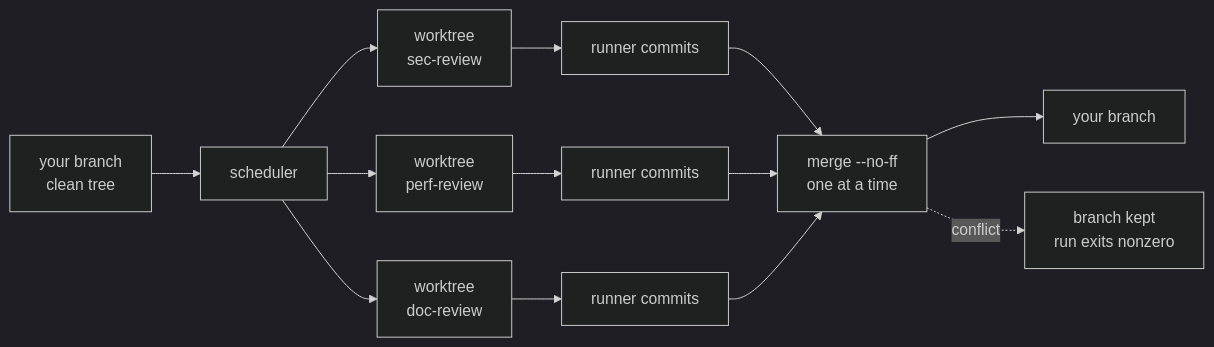
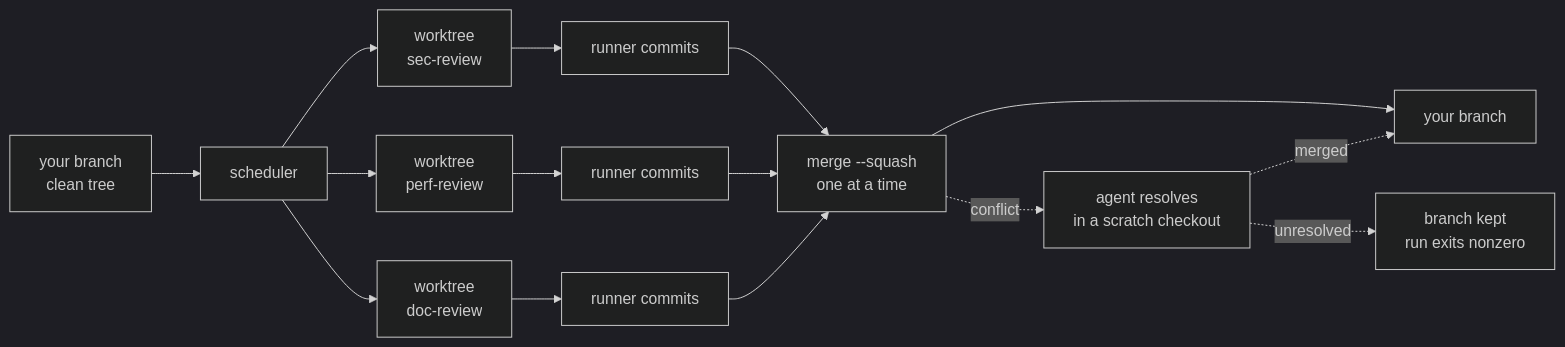
Before and after one commit to maci0/gauntlet: the diagram in README.md, drawn with Mermaid (dark theme). The commit also changed other lines of this file and 17 other files, not shown here.

````diff
--- a/README.md
+++ b/README.md
@@ -102,15 +102,17 @@
 ```mermaid
 flowchart LR
     T[your branch<br/>clean tree] --> S[scheduler]
     S --> W1[worktree<br/>sec-review]
     S --> W2[worktree<br/>perf-review]
     S --> W3[worktree<br/>doc-review]
     W1 --> C1[runner commits]
     W2 --> C2[runner commits]
     W3 --> C3[runner commits]
-    C1 --> M[merge --no-ff<br/>one at a time]
+    C1 --> M[merge --squash<br/>one at a time]
     C2 --> M
     C3 --> M
     M --> T2[your branch]
-    M -. conflict .-> K[branch kept<br/>run exits nonzero]
+    M -. conflict .-> R[agent resolves<br/>in a scratch checkout]
+    R -. merged .-> T2
+    R -. unresolved .-> K[branch kept<br/>run exits nonzero]
 ```
````
